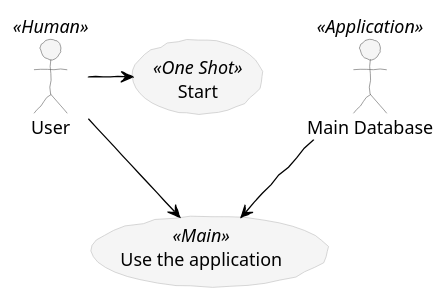
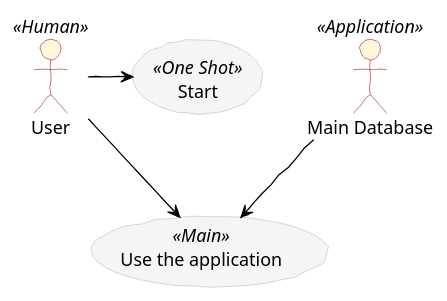
One commit to dadabobo/docs changed the third of 6 diagrams in markdown/puml-diagrams.md. Above: the diagram before and after it, drawn with PlantUML. The commit also changed other lines of this file and 1 other file, not shown here.

````diff
--- a/markdown/puml-diagrams.md
+++ b/markdown/puml-diagrams.md
@@ -35,22 +35,22 @@
 ```plantuml
 @startuml
 skinparam usecase {
   ArrowColor Black
   ActorBorderColor Silver
   ActorBackgroundColor WhiteSmoke
   BackgroundColor WhiteSmoke
   BorderColor Silver
 }
-skinparam ActorBorderColor DimGray
-skinparam ActorBackgroundColor WhiteSmoke
+skinparam ActorBorderColor Brown
+skinparam ActorBackgroundColor Cornsilk
 skinparam handwritten true
 
 User <<Human>>
 :Main Database: as MySql <<Application>>
 (Start) <<One Shot>>
 (Use the application) as (Use) <<Main>>
 User -> (Start)
 User --> (Use)
 MySql --> (Use)
 @enduml
 ```
````
